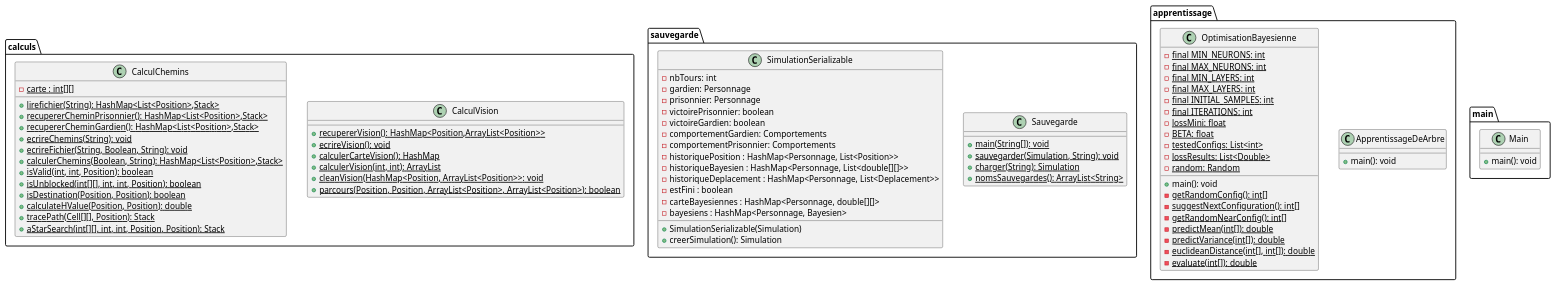
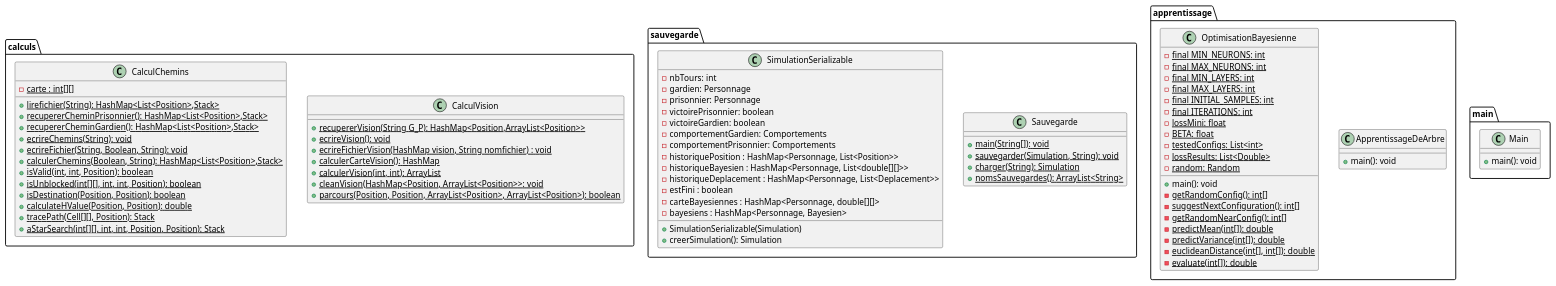
The diagram in projet_tut_poursuite-evasion/code_diag_class/diagClassPart4.puml (celie-ponroy/projet_tutore_amaglio_bitsindou_dechezlepretre_ponroy_RAIL2), drawn with PlantUML before and after one commit. The commit also changed 48 other files, not shown here.

```diff
--- a/projet_tut_poursuite-evasion/code_diag_class/diagClassPart4.puml
+++ b/projet_tut_poursuite-evasion/code_diag_class/diagClassPart4.puml
@@ -1,85 +1,86 @@
 @startuml
 package "calculs"{
   class CalculVision{
-    + {static} recupererVision(): HashMap<Position,ArrayList<Position>>
+    + {static} recupererVision(String G_P): HashMap<Position,ArrayList<Position>>
     + {static} ecrireVision(): void
+    + {static} ecrireFichierVision(HashMap vision, String nomfichier) : void
     + {static} calculerCarteVision(): HashMap
     + {static} calculerVision(int, int): ArrayList
     + {static} cleanVision(HashMap<Position, ArrayList<Position>>: void
     + {static} parcours(Position, Position, ArrayList<Position>, ArrayList<Position>): boolean
   }
   class CalculChemins {
     - {static} carte : int[][]
     + {static} lirefichier(String): HashMap<List<Position>,Stack>
     + {static} recupererCheminPrisonnier(): HashMap<List<Position>,Stack>
     + {static} recupererCheminGardien(): HashMap<List<Position>,Stack>
     + {static} ecrireChemins(String): void
     + {static} ecrireFichier(String, Boolean, String): void
     + {static} calculerChemins(Boolean, String): HashMap<List<Position>,Stack>
     + {static} isValid(int, int, Position): boolean
     + {static} isUnblocked(int[][], int, int, Position): boolean
     + {static} isDestination(Position, Position): boolean
     + {static} calculateHValue(Position, Position): double
     + {static} tracePath(Cell[][], Position): Stack
     + {static} aStarSearch(int[][], int, int, Position, Position): Stack
   }
 }
 
 package sauvegarde{
     class Sauvegarde{
     + {static} main(String[]): void
     + {static} sauvegarder(Simulation, String): void
     + {static} charger(String): Simulation
     + {static} nomsSauvegardes(): ArrayList<String>
     }
     class SimulationSerializable{
         - nbTours: int
         - gardien: Personnage
         - prisonnier: Personnage
         - victoirePrisonnier: boolean
         - victoireGardien: boolean
         - comportementGardien: Comportements
         - comportementPrisonnier: Comportements
         - historiquePosition : HashMap<Personnage, List<Position>>
         - historiqueBayesien : HashMap<Personnage, List<double[][]>>
         - historiqueDeplacement : HashMap<Personnage, List<Deplacement>>
         - estFini : boolean
         - carteBayesiennes : HashMap<Personnage, double[][]>
         - bayesiens : HashMap<Personnage, Bayesien>
         + SimulationSerializable(Simulation)
         + creerSimulation(): Simulation
     }
 }
 package "apprentissage"{
     class ApprentissageDeArbre{
         + main(): void
     }
     class OptimisationBayesienne{
         - {static} final MIN_NEURONS: int
         - {static} final MAX_NEURONS: int
         - {static} final MIN_LAYERS: int
         - {static} final MAX_LAYERS: int
         - {static} final INITIAL_SAMPLES: int
         - {static} final ITERATIONS: int
         - {static} lossMini: float
         - {static} BETA: float
         - {static} testedConfigs: List<int>
         - {static} lossResults: List<Double>
         - {static} random: Random
         + main(): void
         - {static} getRandomConfig(): int[]
         - {static} suggestNextConfiguration(): int[]
         - {static} getRandomNearConfig(): int[]
         - {static} predictMean(int[]): double
         - {static} predictVariance(int[]): double
         - {static} euclideanDistance(int[], int[]): double
         - {static} evaluate(int[]): double
     }
   }
 
 package "main"{
   class Main{
     + main(): void
   }
 }
 @enduml
```
